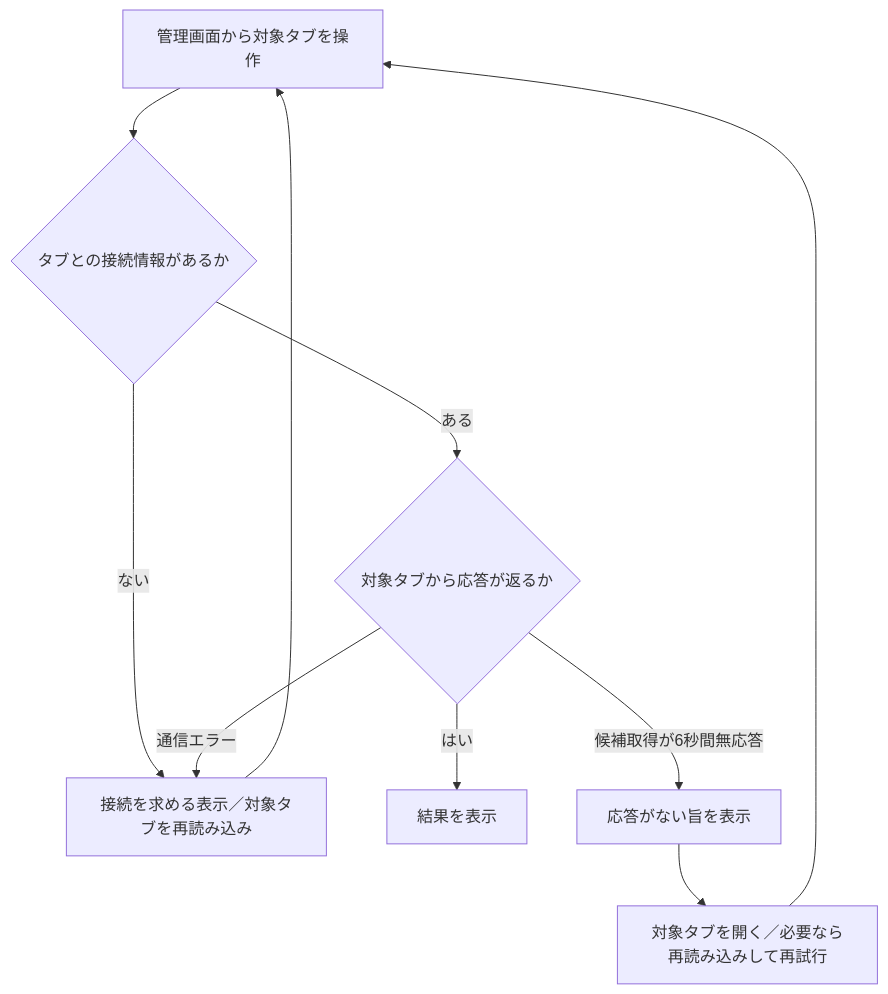
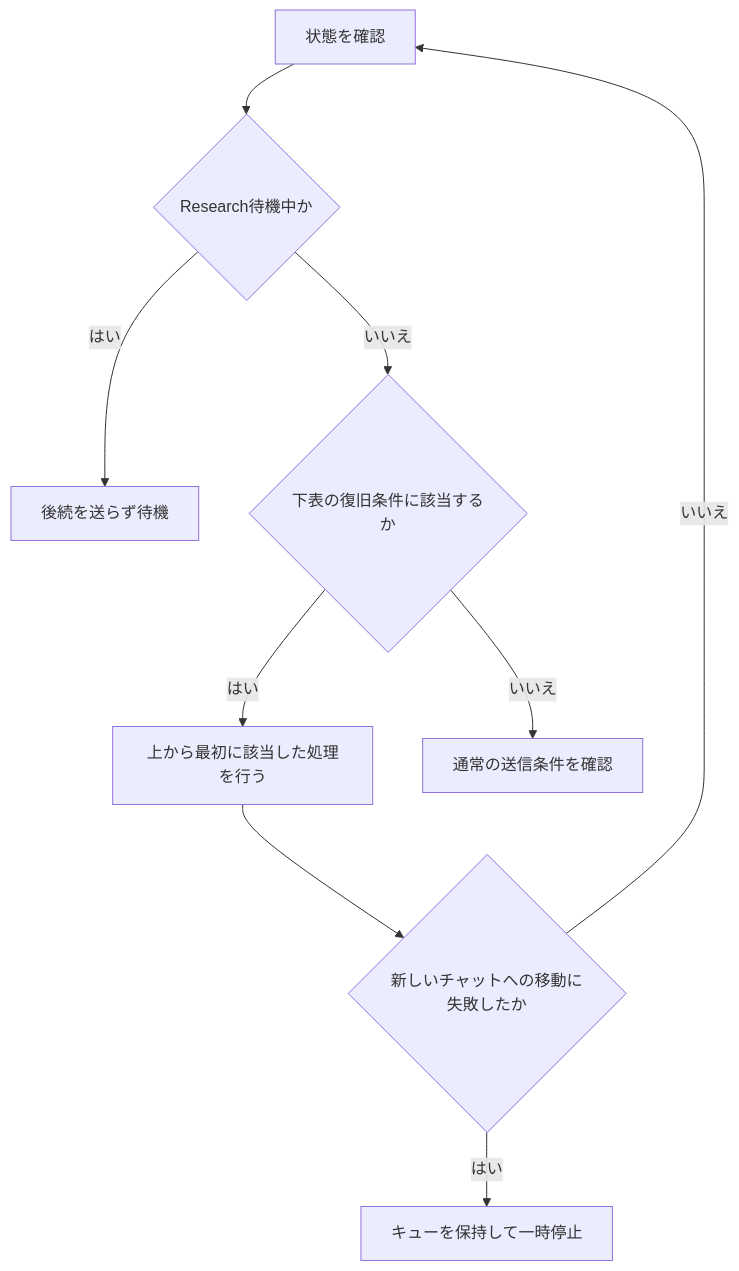
Before and after one commit to coroke3/chatgpt-queue: the third of 3 diagrams in README.md, drawn with Mermaid. The commit also changed other lines of this file and 1 other file, not shown here.

````diff
--- a/README.md
+++ b/README.md
@@ -256,12 +201,11 @@
 ```mermaid
 flowchart TD
-    A[管理画面から対象タブを操作] --> B{タブとの接続情報があるか}
-    B -->|ない| C[接続を求める表示／対象タブを再読み込み]
-    B -->|ある| D{対象タブから応答が返るか}
-    D -->|はい| E[結果を表示]
-    D -->|通信エラー| C
-    D -->|候補取得が6秒間無応答| F[応答がない旨を表示]
-    F --> G[対象タブを開く／必要なら再読み込みして再試行]
-    G --> A
-    C --> A
+    A[状態を確認] --> B{Research待機中か}
+    B -->|はい| C[後続を送らず待機]
+    B -->|いいえ| D{下表の復旧条件に該当するか}
+    D -->|はい| E[上から最初に該当した処理を行う]
+    E --> F{新しいチャットへの移動に失敗したか}
+    F -->|はい| G[キューを保持して一時停止]
+    F -->|いいえ| A
+    D -->|いいえ| H[通常の送信条件を確認]
 ```
````
